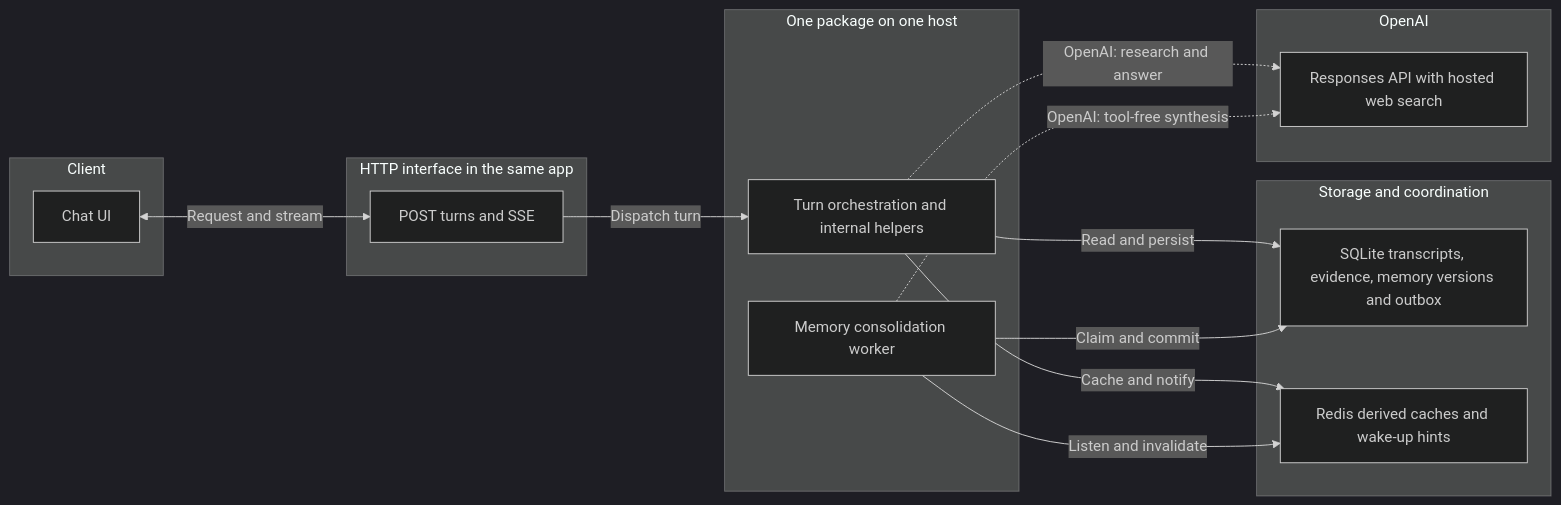
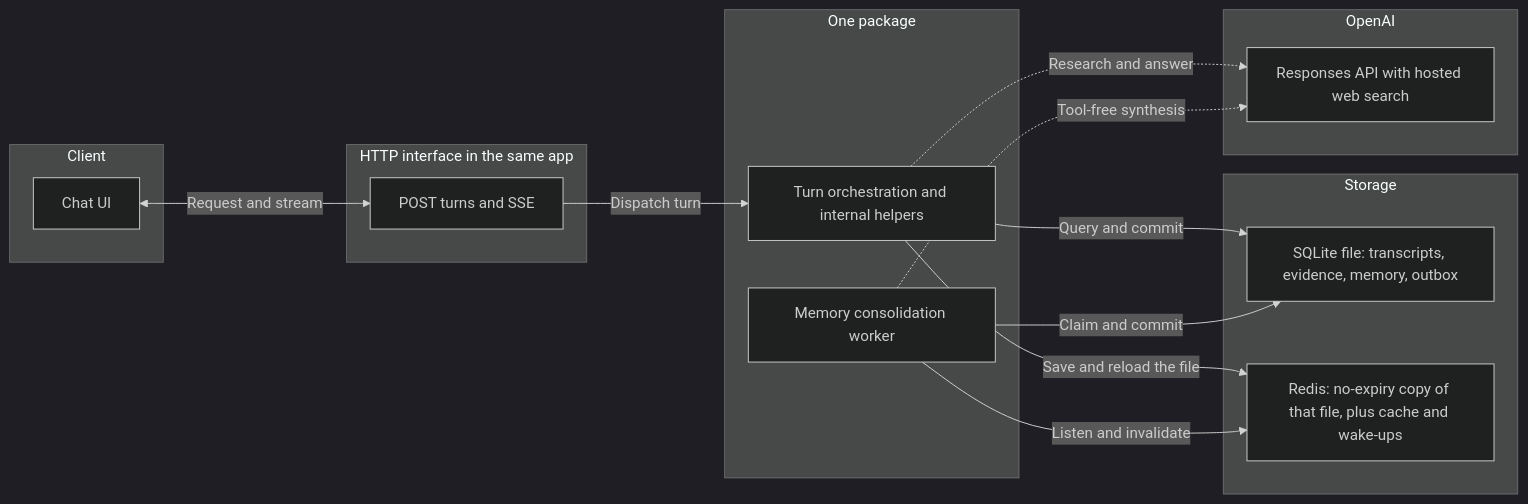
The first of 10 diagrams in docs/architecture.md (harshsinha-12/minimi-web-universe), drawn with Mermaid (dark theme) before and after one commit. The commit also changed other lines of this file and 1 other file, not shown here.

Commit message:
Add the corrected turn graph to the one-page design.

````diff
--- a/docs/architecture.md
+++ b/docs/architecture.md
@@ -11,28 +11,28 @@
 ```mermaid
 flowchart LR
     subgraph client ["Client"]
         browser["Chat UI"]
     end
     subgraph gateway ["HTTP interface in the same app"]
         http["POST turns and SSE"]
     end
-    subgraph service ["One package on one host"]
+    subgraph service ["One package"]
         server["Turn orchestration and internal helpers"]
         worker["Memory consolidation worker"]
     end
-    subgraph datastore ["Storage and coordination"]
-        sqlite["SQLite transcripts, evidence, memory versions and outbox"]
-        redis["Redis derived caches and wake-up hints"]
+    subgraph datastore ["Storage"]
+        sqlite["SQLite file: transcripts, evidence, memory, outbox"]
+        redis["Redis: no-expiry copy of that file, plus cache and wake-ups"]
     end
     subgraph external ["OpenAI"]
         responses["Responses API with hosted web search"]
     end
     browser <-->|"Request and stream"| http
     http -->|"Dispatch turn"| server
-    server -->|"Read and persist"| sqlite
-    server -->|"Cache and notify"| redis
+    server -->|"Query and commit"| sqlite
+    server -->|"Save and reload the file"| redis
     worker -->|"Claim and commit"| sqlite
     worker -->|"Listen and invalidate"| redis
-    server -.->|"OpenAI: research and answer"| responses
-    worker -.->|"OpenAI: tool-free synthesis"| responses
+    server -.->|"Research and answer"| responses
+    worker -.->|"Tool-free synthesis"| responses
 ```
````
